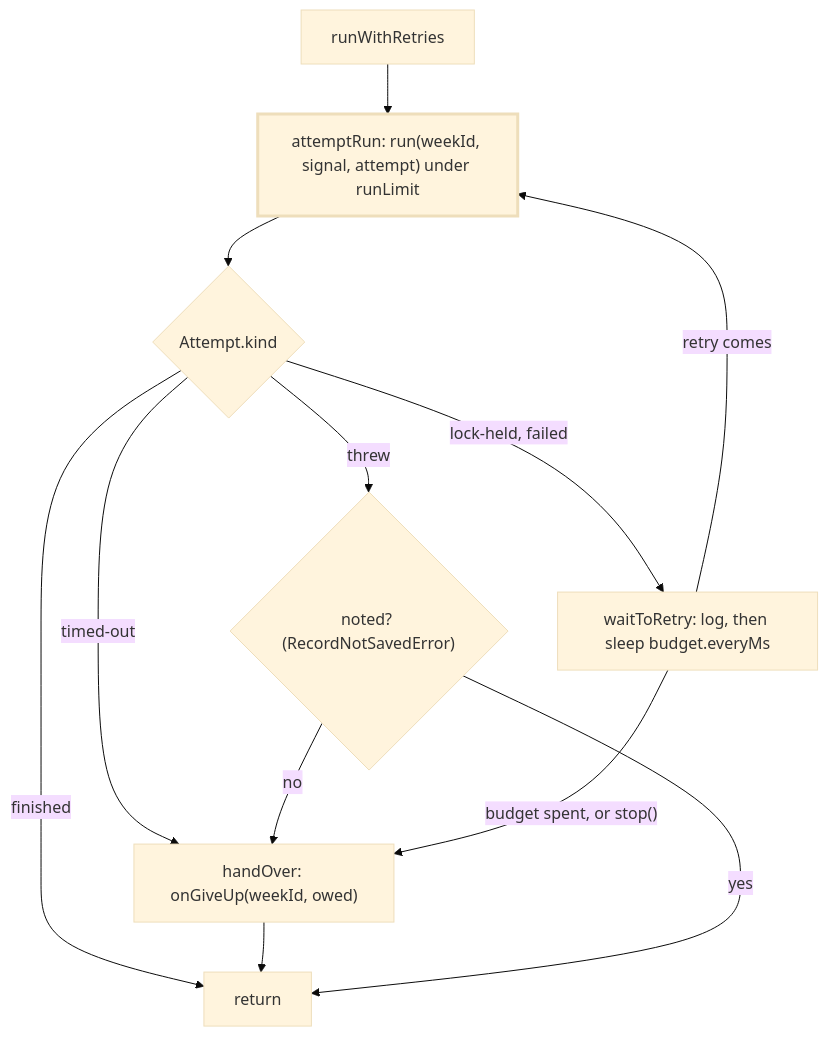
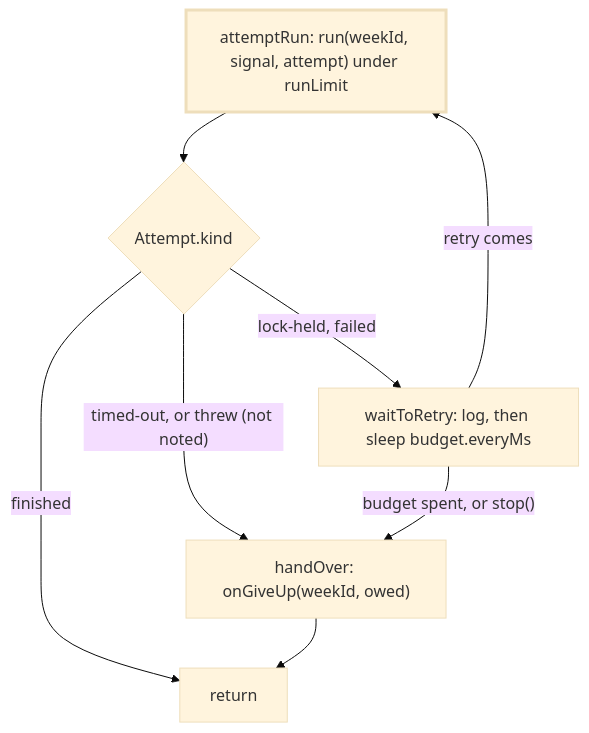
Before and after one commit to odere-pro/weekly-engineering-digest-agent: the diagram in src/scheduler/retry/CLAUDE.md, drawn with Mermaid (base theme). The commit also changed other lines of this file and 119 other files, not shown here.

````diff
--- a/src/scheduler/retry/CLAUDE.md
+++ b/src/scheduler/retry/CLAUDE.md
@@ -9,14 +9,10 @@
 ```mermaid
 flowchart TD
-  runs["runWithRetries"] --> attempt["attemptRun: run(weekId, signal, attempt) under runLimit"]:::focus
-  attempt --> kind{"Attempt.kind"}
+  attempt["attemptRun: run(weekId, signal, attempt) under runLimit"]:::focus --> kind{"Attempt.kind"}
   kind -->|finished| done[return]
-  kind -->|"timed-out"| hand["handOver: onGiveUp(weekId, owed)"] --> done
-  kind -->|threw| noted{"noted? (RecordNotSavedError)"}
-  noted -->|yes| done
-  noted -->|no| hand
+  kind -->|"timed-out, or threw (not noted)"| hand["handOver: onGiveUp(weekId, owed)"] --> done
   kind -->|"lock-held, failed"| wait["waitToRetry: log, then sleep budget.everyMs"]
   wait -->|"retry comes"| attempt
   wait -->|"budget spent, or stop()"| hand
   classDef focus stroke-width:3px
 ```
````
